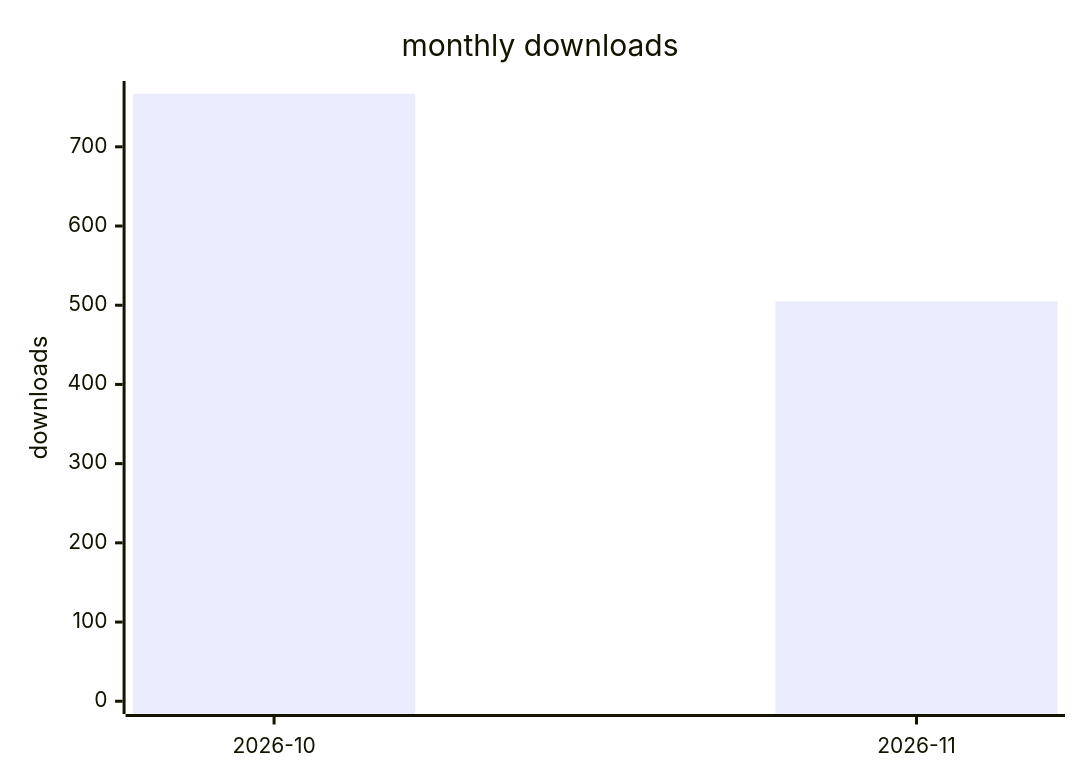
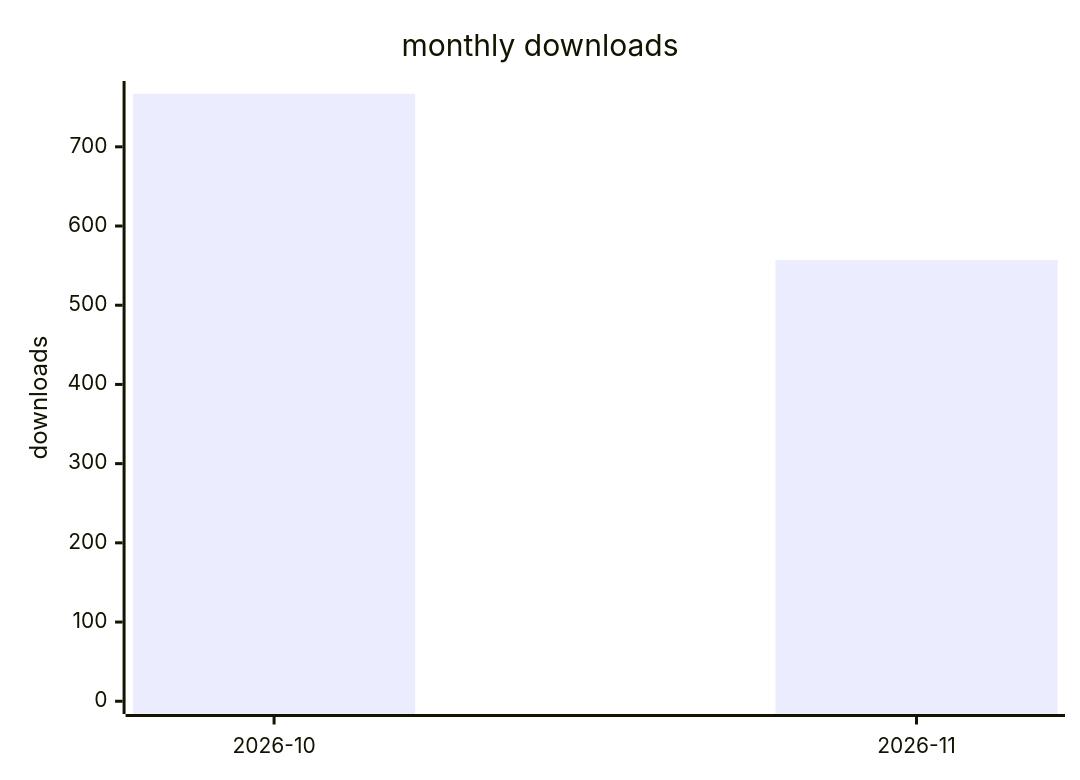
One commit to terry2010/opencode-loop-recover changed the second of 2 diagrams in docs/downloads-2026.md. Above: the diagram before and after it, drawn with Mermaid. The commit also changed other lines of this file and 1 other file, not shown here.

````diff
--- a/docs/downloads-2026.md
+++ b/docs/downloads-2026.md
@@ -29,7 +29,7 @@
 ```mermaid
 xychart-beta
     title "monthly downloads"
     x-axis ["2026-10", "2026-11"]
     y-axis "downloads" 0 --> 767
-    bar [767, 505]
+    bar [767, 557]
 ```
````
